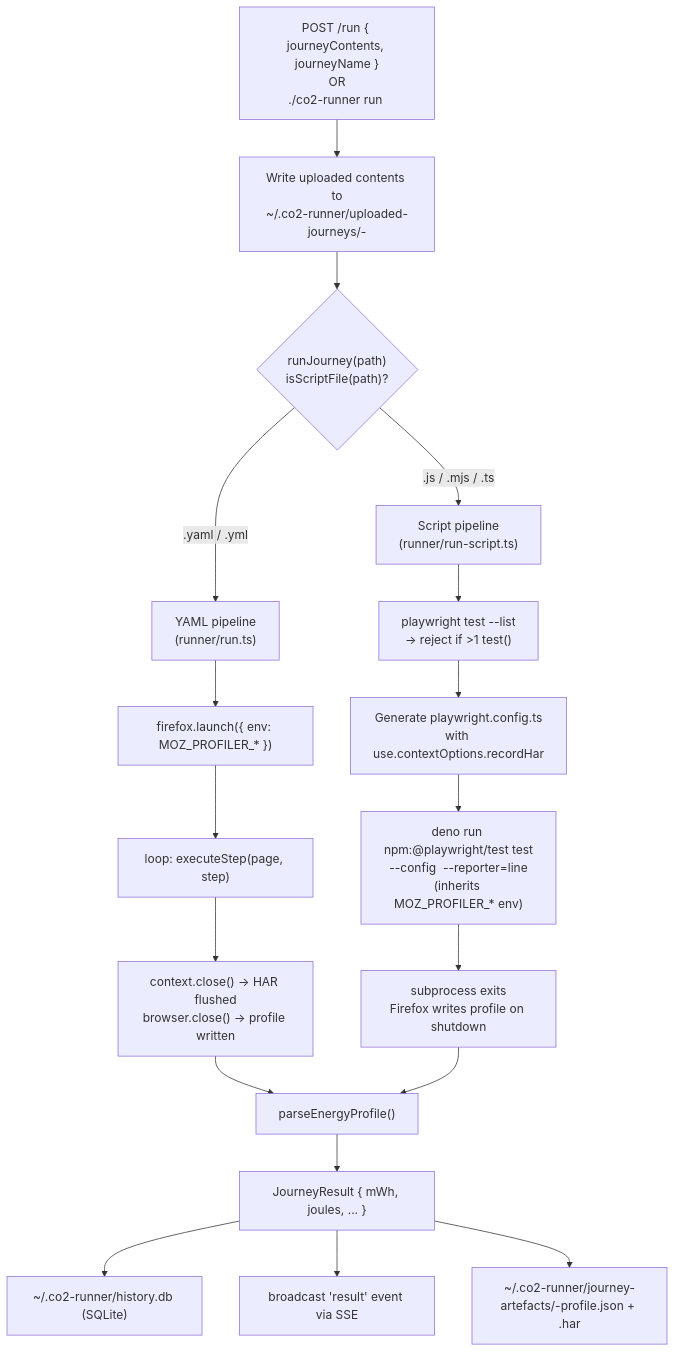
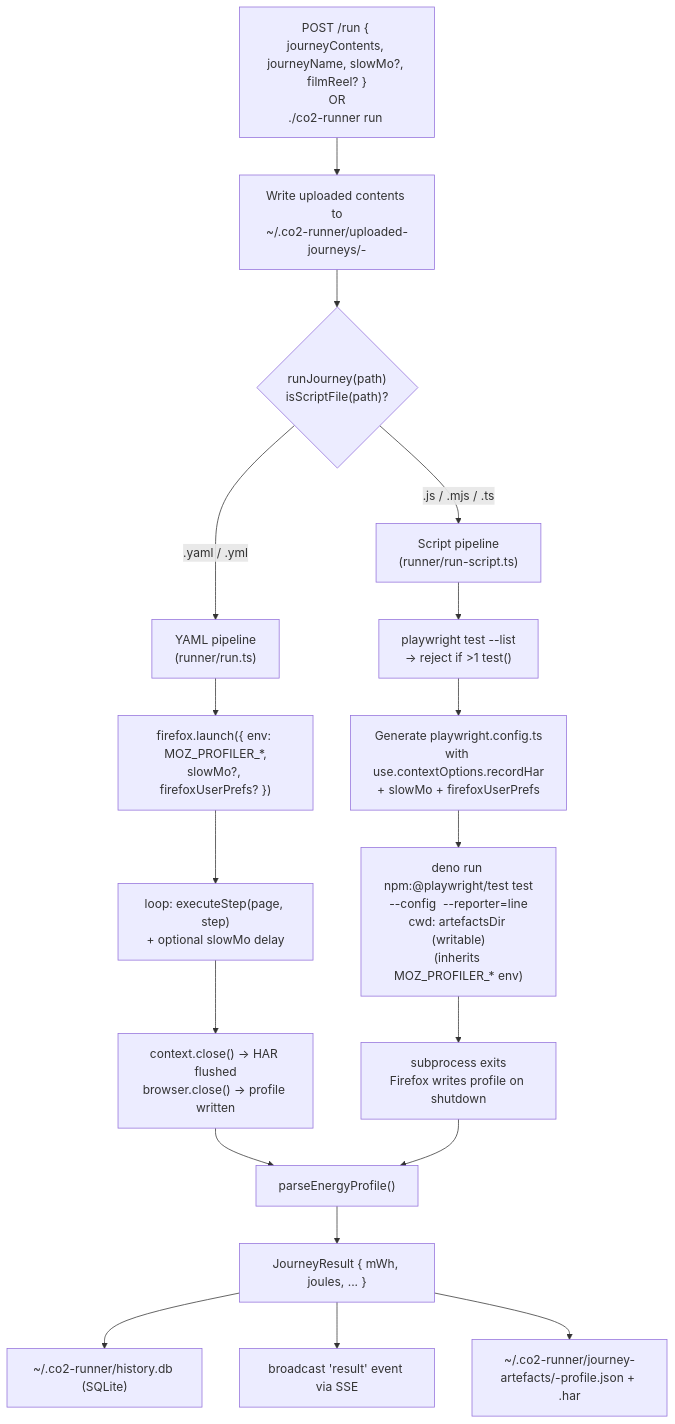
Before and after one commit to mrchrisadams/co2-runner: the sixth of 13 diagrams in docs/architecture.md, drawn with Mermaid. The commit also changed other lines of this file, not shown here.

First line of the commit message:
Add C4 model diagrams to architecture.md + update out-of-date sections

````diff
--- a/docs/architecture.md
+++ b/docs/architecture.md
@@ -158,25 +247,25 @@
 ```mermaid
 flowchart TD
-    REQ["POST /run { journeyContents, journeyName }<br/>OR<br/>./co2-runner run <path>"]
+    REQ["POST /run { journeyContents, journeyName, slowMo?, filmReel? }<br/>OR<br/>./co2-runner run <path>"]
     REQ --> TMP["Write uploaded contents to<br/>~/.co2-runner/uploaded-journeys/<ts>-<name>"]
     TMP --> DISP{"runJourney(path)<br/>isScriptFile(path)?"}
 
     DISP -->|".yaml / .yml"| YAML["YAML pipeline<br/>(runner/run.ts)"]
     DISP -->|".js / .mjs / .ts"| JS["Script pipeline<br/>(runner/run-script.ts)"]
 
-    YAML --> Y_LN["firefox.launch({ env: MOZ_PROFILER_* })"]
-    Y_LN --> Y_RUN["loop: executeStep(page, step)"]
+    YAML --> Y_LN["firefox.launch({ env: MOZ_PROFILER_*,<br/>slowMo?, firefoxUserPrefs? })"]
+    Y_LN --> Y_RUN["loop: executeStep(page, step)<br/>+ optional slowMo delay"]
     Y_RUN --> Y_CLOSE["context.close() → HAR flushed<br/>browser.close() → profile written"]
     Y_CLOSE --> PARSE["parseEnergyProfile()"]
 
     JS --> VALIDATE["playwright test --list<br/>→ reject if >1 test()"]
-    VALIDATE --> CONFIG["Generate playwright.config.ts<br/>with use.contextOptions.recordHar"]
-    CONFIG --> SPAWN["deno run npm:@playwright/test test<br/>--config <generated> --reporter=line<br/>(inherits MOZ_PROFILER_* env)"]
+    VALIDATE --> CONFIG["Generate playwright.config.ts<br/>with use.contextOptions.recordHar<br/>+ slowMo + firefoxUserPrefs"]
+    CONFIG --> SPAWN["deno run npm:@playwright/test test<br/>--config <generated> --reporter=line<br/>cwd: artefactsDir (writable)<br/>(inherits MOZ_PROFILER_* env)"]
     SPAWN --> CLOSE2["subprocess exits<br/>Firefox writes profile on shutdown"]
     CLOSE2 --> PARSE
 
     PARSE --> RESULT["JourneyResult { mWh, joules, ... }"]
     RESULT --> HISTORY["~/.co2-runner/history.db (SQLite)"]
     RESULT --> SSE["broadcast 'result' event via SSE"]
     RESULT --> ART["~/.co2-runner/journey-artefacts/<slug>-profile.json + .har"]
 ```
````
